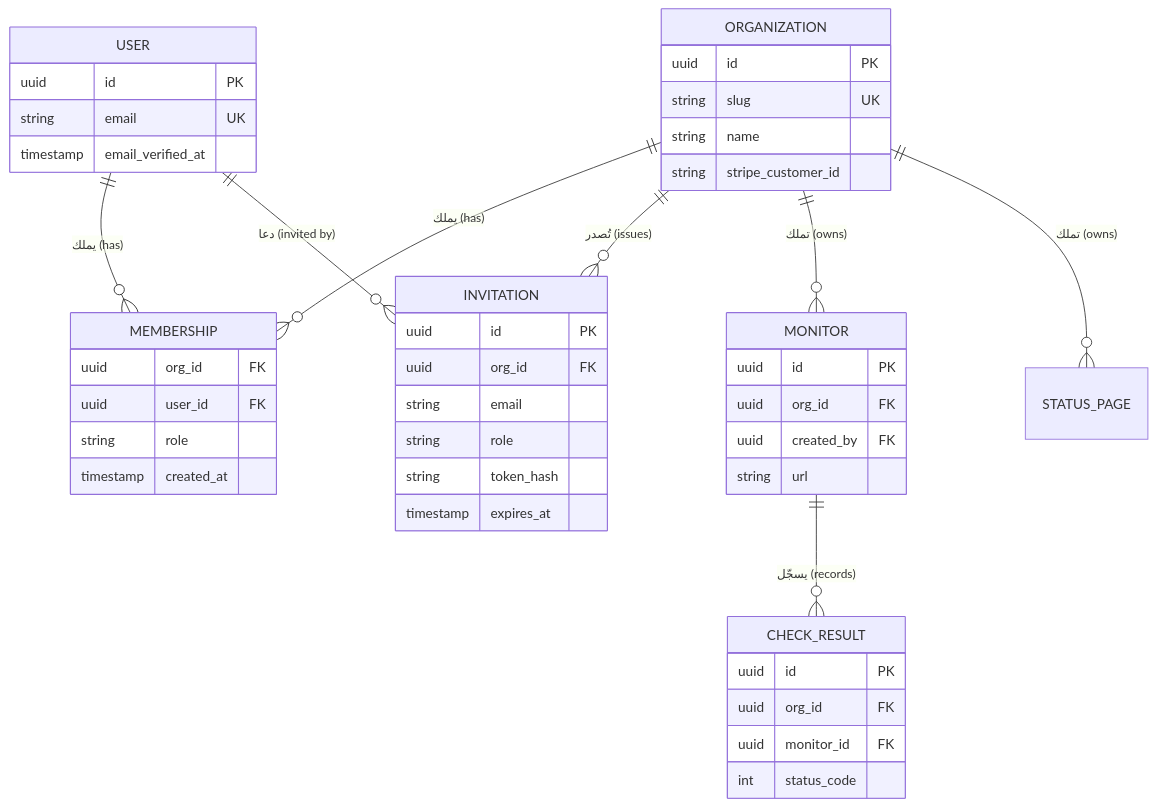
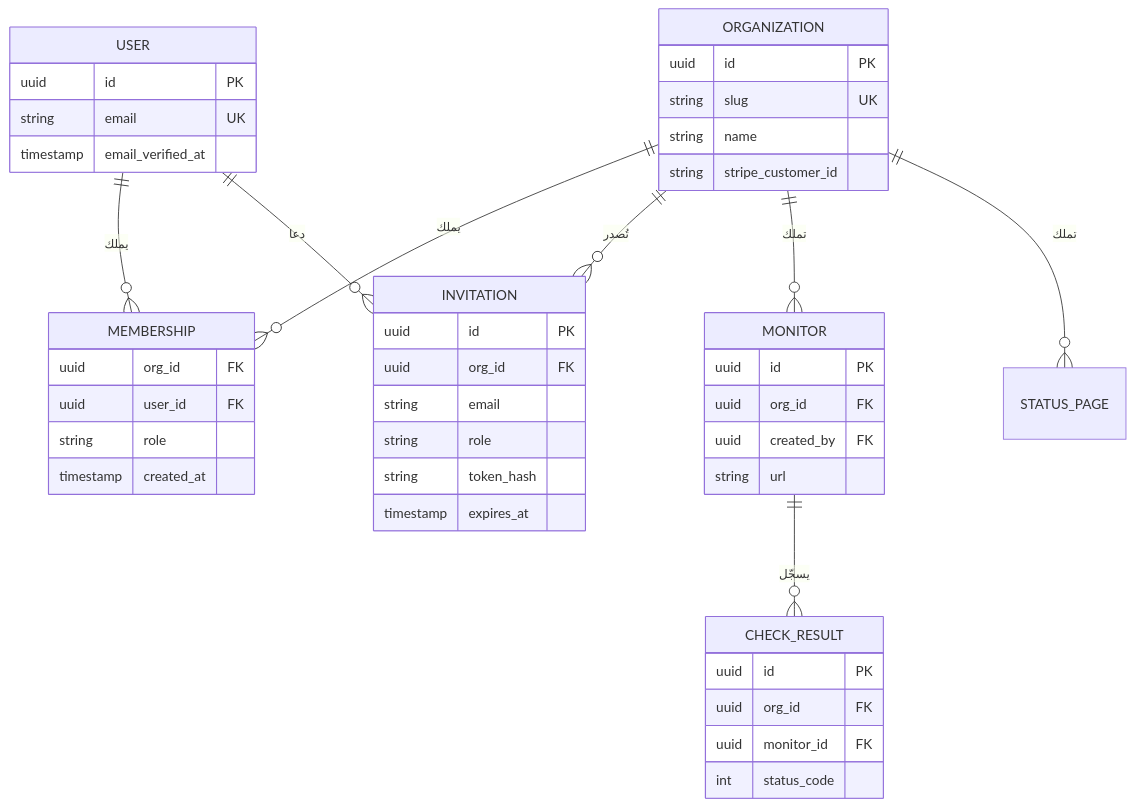
One commit to Tamoura/system-design-for-vibe-coders changed the second of 5 diagrams in saas/modules/01-identity-access.ar.md. Above: the diagram before and after it, drawn with Mermaid. The commit also changed other lines of this file and 551 other files, not shown here.

````diff
--- a/saas/modules/01-identity-access.ar.md
+++ b/saas/modules/01-identity-access.ar.md
@@ -336,47 +339,47 @@
 ```mermaid
 erDiagram
-    USER ||--o{ MEMBERSHIP : "يملك (has)"
-    ORGANIZATION ||--o{ MEMBERSHIP : "يملك (has)"
-    ORGANIZATION ||--o{ INVITATION : "تُصدر (issues)"
-    USER ||--o{ INVITATION : "دعا (invited by)"
-    ORGANIZATION ||--o{ MONITOR : "تملك (owns)"
-    ORGANIZATION ||--o{ STATUS_PAGE : "تملك (owns)"
-    MONITOR ||--o{ CHECK_RESULT : "يسجّل (records)"
+    USER ||--o{ MEMBERSHIP : "يملك"
+    ORGANIZATION ||--o{ MEMBERSHIP : "يملك"
+    ORGANIZATION ||--o{ INVITATION : "تُصدر"
+    USER ||--o{ INVITATION : "دعا"
+    ORGANIZATION ||--o{ MONITOR : "تملك"
+    ORGANIZATION ||--o{ STATUS_PAGE : "تملك"
+    MONITOR ||--o{ CHECK_RESULT : "يسجّل"
     USER {
         uuid id PK
         string email UK
         timestamp email_verified_at
     }
     ORGANIZATION {
         uuid id PK
         string slug UK
         string name
         string stripe_customer_id
     }
     MEMBERSHIP {
         uuid org_id FK
         uuid user_id FK
         string role
         timestamp created_at
     }
     INVITATION {
         uuid id PK
         uuid org_id FK
         string email
         string role
         string token_hash
         timestamp expires_at
     }
     MONITOR {
         uuid id PK
         uuid org_id FK
         uuid created_by FK
         string url
     }
     CHECK_RESULT {
         uuid id PK
         uuid org_id FK
         uuid monitor_id FK
         int status_code
     }
 ```
````
